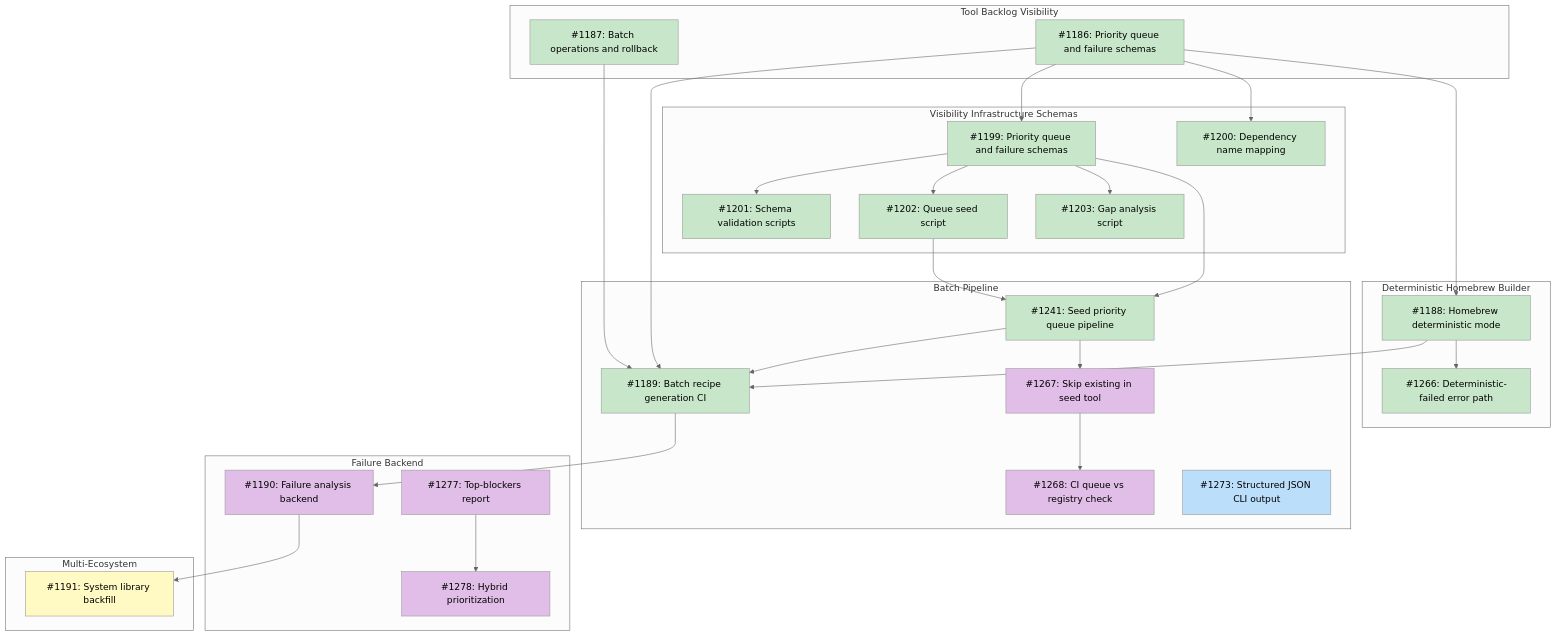
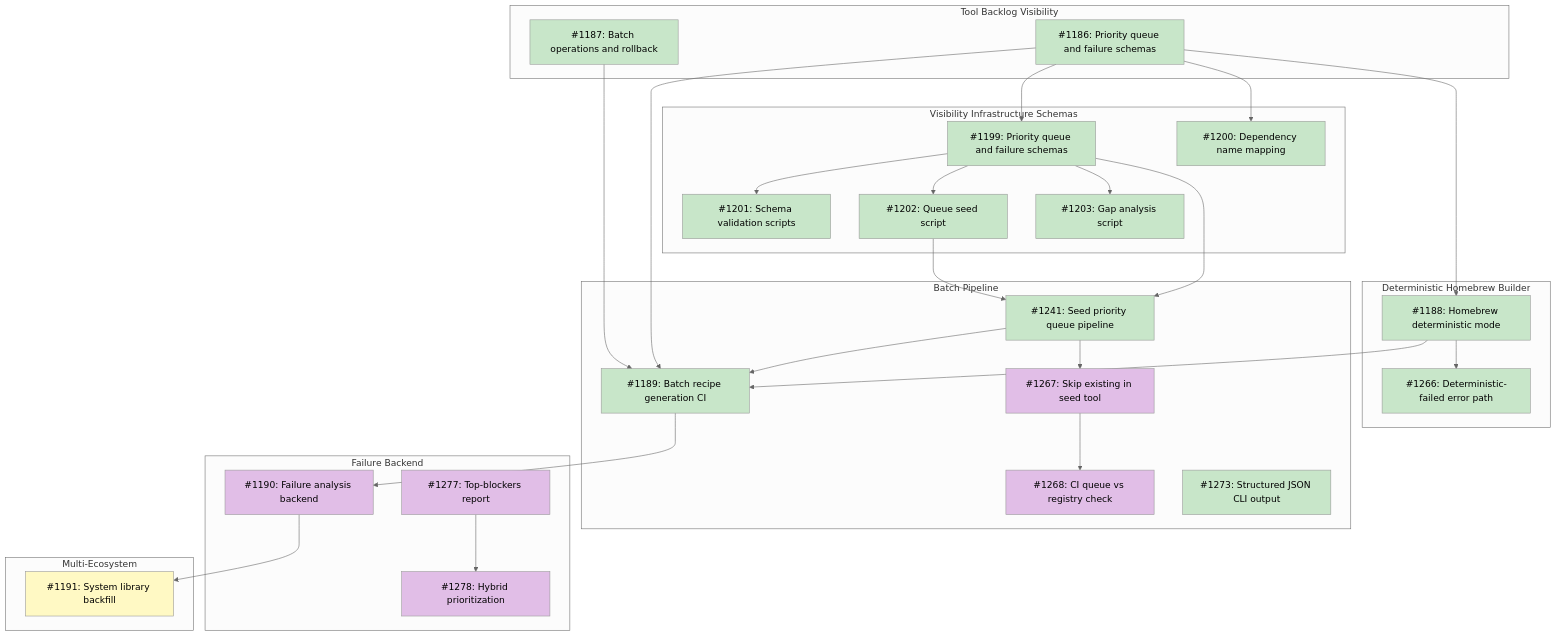
The diagram in docs/designs/DESIGN-registry-scale-strategy.md (tsukumogami/tsuku), drawn with Mermaid (neutral theme) before and after one commit. The commit also changed other lines of this file and 3 other files, not shown here.

````diff
--- a/docs/designs/DESIGN-registry-scale-strategy.md
+++ b/docs/designs/DESIGN-registry-scale-strategy.md
@@ -76,80 +76,80 @@
 ```mermaid
 graph TD
     subgraph M_Visibility["Tool Backlog Visibility"]
         I1186["#1186: Priority queue and failure schemas"]
         I1187["#1187: Batch operations and rollback"]
     end
 
     subgraph M50["Visibility Infrastructure Schemas"]
         I1199["#1199: Priority queue and failure schemas"]
         I1200["#1200: Dependency name mapping"]
         I1201["#1201: Schema validation scripts"]
         I1202["#1202: Queue seed script"]
         I1203["#1203: Gap analysis script"]
     end
 
     subgraph M_HomebrewBuilder["Deterministic Homebrew Builder"]
         I1188["#1188: Homebrew deterministic mode"]
         I1266["#1266: Deterministic-failed error path"]
     end
 
     subgraph M_BatchPipeline["Batch Pipeline"]
         I1241["#1241: Seed priority queue pipeline"]
         I1189["#1189: Batch recipe generation CI"]
         I1267["#1267: Skip existing in seed tool"]
         I1268["#1268: CI queue vs registry check"]
         I1273["#1273: Structured JSON CLI output"]
     end
 
     subgraph M_FailureBackend["Failure Backend"]
         I1190["#1190: Failure analysis backend"]
         I1277["#1277: Top-blockers report"]
         I1278["#1278: Hybrid prioritization"]
     end
 
     subgraph M_MultiEcosystem["Multi-Ecosystem"]
         I1191["#1191: System library backfill"]
     end
 
     I1186 --> I1199
     I1186 --> I1200
     I1199 --> I1201
     I1199 --> I1202
     I1199 --> I1203
     I1199 --> I1241
     I1202 --> I1241
     I1186 --> I1188
     I1241 --> I1189
     I1186 --> I1189
     I1187 --> I1189
     I1188 --> I1189
     I1188 --> I1266
     I1241 --> I1267
     I1267 --> I1268
     I1189 --> I1190
     I1190 --> I1191
     I1277 --> I1278
 
     classDef done fill:#c8e6c9
     classDef ready fill:#bbdefb
     classDef blocked fill:#fff9c4
     classDef needsDesign fill:#e1bee7
 
     class I1186,I1187 done
     class I1200 done
     class I1199 done
     class I1188 done
     class I1201 done
     class I1202 done
     class I1203 done
     class I1241 done
     class I1189 done
     class I1267 needsDesign
     class I1268 needsDesign
-    class I1273 ready
+    class I1273 done
     class I1266 done
     class I1190 needsDesign
     class I1277 needsDesign
     class I1278 needsDesign
     class I1191 blocked
 ```
````
